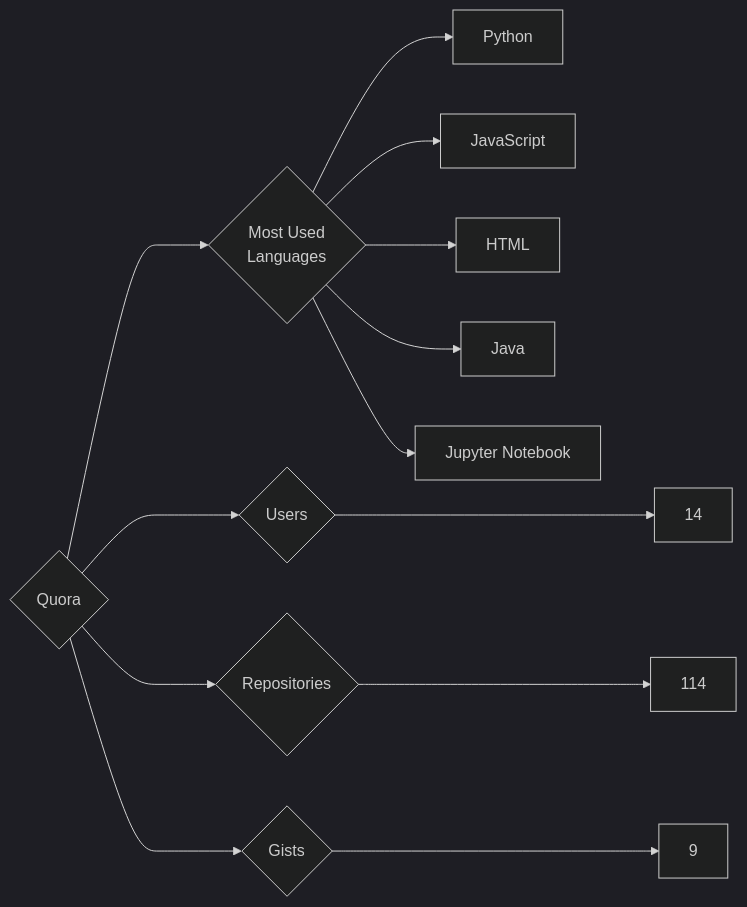
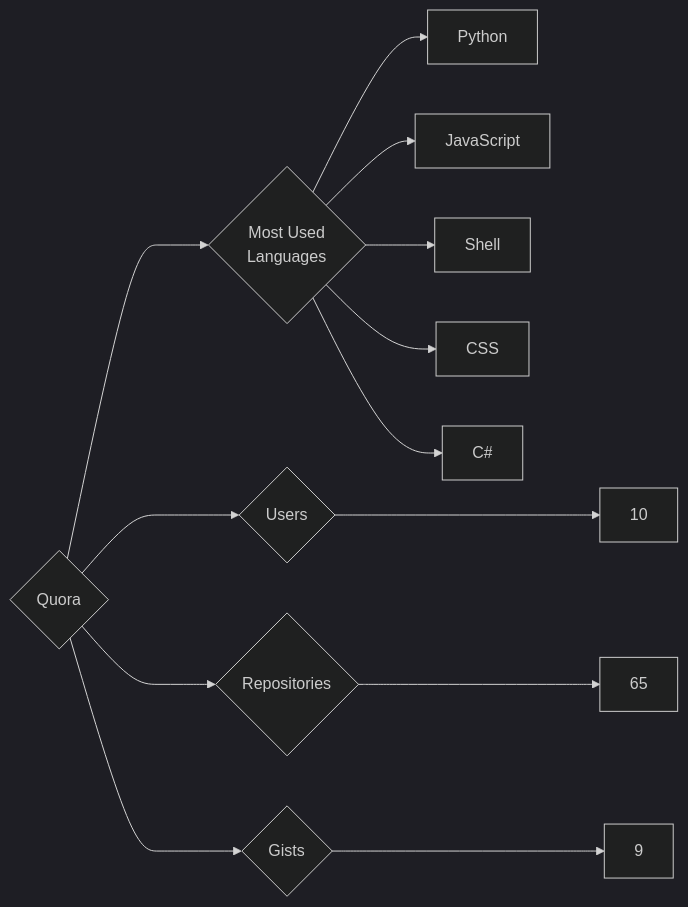
Before and after one commit to trickest/insiders: the diagram in targets/Quora/README.md, drawn with Mermaid (dark theme). The commit also changed 928 other files, not shown here.

````diff
--- a/targets/Quora/README.md
+++ b/targets/Quora/README.md
@@ -3,13 +3,13 @@
 ```mermaid
 graph LR
 COMPANY_NAME{Quora}
-COMPANY_NAME ---> U{Users} ---> UN[14]
-COMPANY_NAME ---> R{Repositories} ---> RN[114]
+COMPANY_NAME ---> U{Users} ---> UN[10]
+COMPANY_NAME ---> R{Repositories} ---> RN[65]
 COMPANY_NAME ---> G{Gists} ---> GN[9]
 COMPANY_NAME ---> ML{Most Used<br>Languages}
 ML --> Python[Python]
 ML --> JavaScript[JavaScript]
-ML --> HTML[HTML]
-ML --> Java[Java]
-ML --> Jupyter_Notebook[Jupyter Notebook]
+ML --> Shell[Shell]
+ML --> CSS[CSS]
+ML --> C#[C#]
 ```
````
